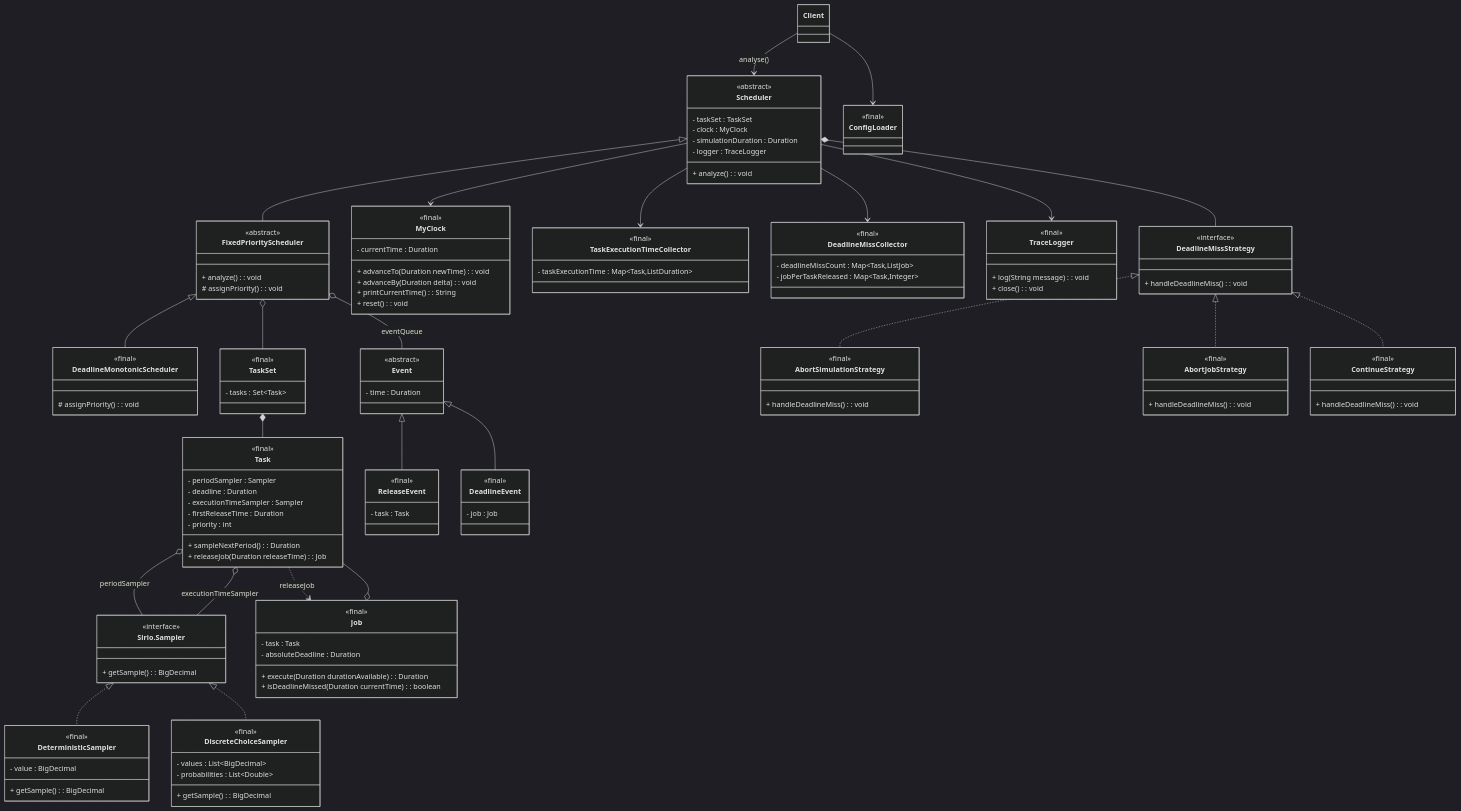
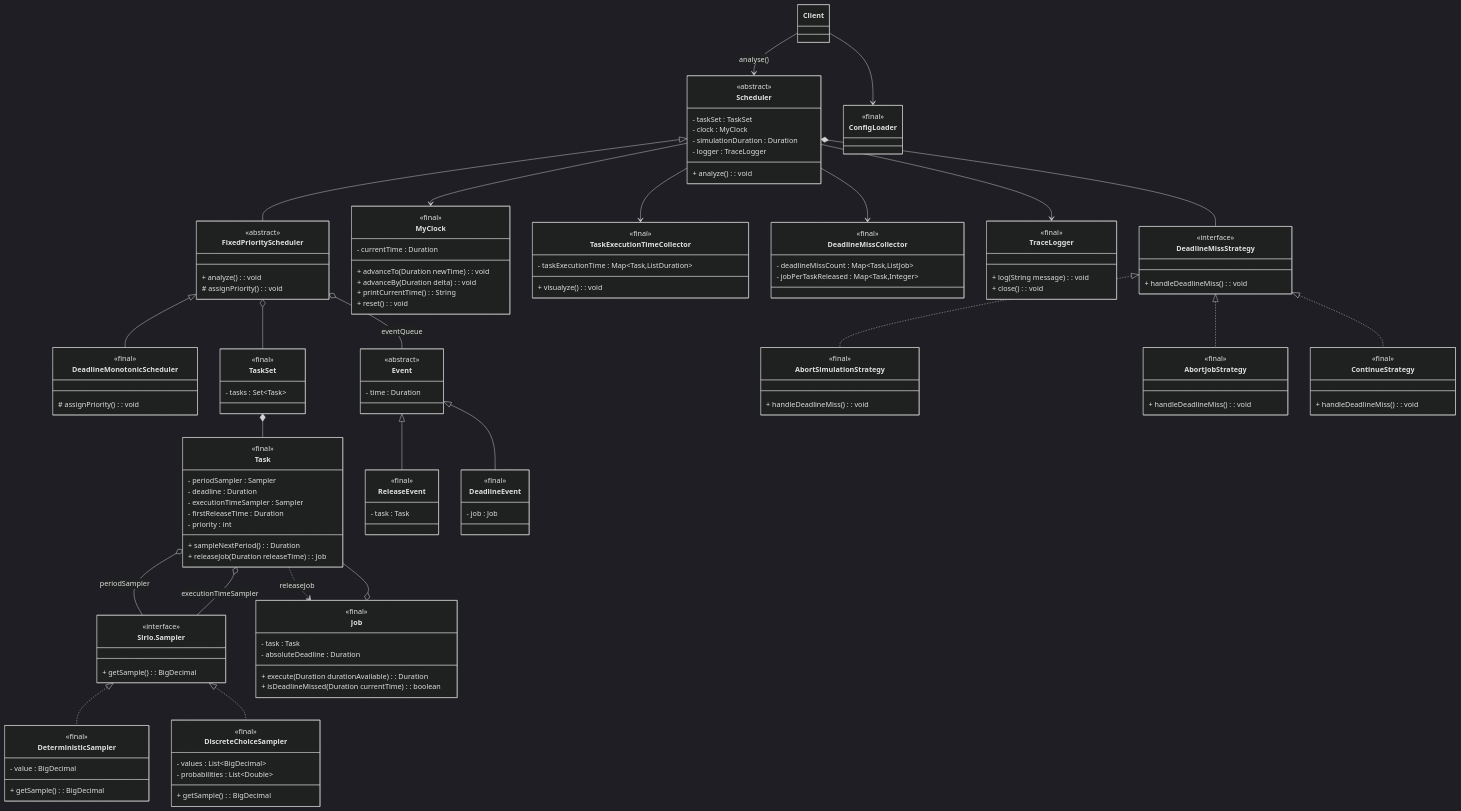
One commit to edoardosarri24/probabilistic-soft-real-time-analysis changed the diagram in report/images/1-simulator/class_diagram.mmd. Above: the diagram before and after it, drawn with Mermaid (dark theme). The commit also changed 9 other files, not shown here.

```diff
--- a/report/images/1-simulator/class_diagram.mmd
+++ b/report/images/1-simulator/class_diagram.mmd
@@ -1,164 +1,165 @@
 classDiagram
 
     %% Scheduler
     class Scheduler {
         <<abstract>>
         - taskSet : TaskSet
         - clock : MyClock
         - simulationDuration : Duration
         - logger : TraceLogger
         + analyze() : void
     }
 
     class FixedPriorityScheduler {
         <<abstract>>
         + analyze() : void
         # assignPriority() : void
     }
 
     class DeadlineMonotonicScheduler {
         <<final>>
         # assignPriority() : void
     }
 
     %% Strategy
     class DeadlineMissStrategy {
         <<interface>>
         + handleDeadlineMiss() : void
     }
 
     class AbortSimulationStrategy {
         <<final>>
         + handleDeadlineMiss() : void
     }
 
     class AbortJobStrategy {
         <<final>>
         + handleDeadlineMiss() : void
     }
 
     class ContinueStrategy {
         <<final>>
         + handleDeadlineMiss() : void
     }
 
     %% TaskSet
     class TaskSet {
         <<final>>
         - tasks : Set~Task~
     }
 
     class Task {
         <<final>>
         - periodSampler : Sampler
         - deadline : Duration
         - executionTimeSampler : Sampler
         - firstReleaseTime : Duration
         - priority : int
         + sampleNextPeriod() : Duration
         + releaseJob(Duration releaseTime) : Job
     }
 
     class Job {
         <<final>>
         - task : Task
         - absoluteDeadline : Duration
         + execute(Duration durationAvailable) : Duration
         + isDeadlineMissed(Duration currentTime) : boolean
     }
 
     %% Event
     class Event {
         <<abstract>>
         - time : Duration
     }
 
     class ReleaseEvent {
         <<final>>
         - task : Task
     }
 
     class DeadlineEvent {
         <<final>>
         - job : Job
     }
 
     %% Sampler
     class Sirio.Sampler {
         <<interface>>
         + getSample() : BigDecimal
     }
 
     class DeterministicSampler {
         <<final>>
         - value : BigDecimal
         + getSample() : BigDecimal
     }
 
     class DiscreteChoiceSampler {
         <<final>>
         - values : List~BigDecimal~
         - probabilities : List~Double~
         + getSample() : BigDecimal
     }
 
     %% Utils
     class MyClock {
         <<final>>
         - currentTime : Duration
         + advanceTo(Duration newTime) : void
         + advanceBy(Duration delta) : void
         + printCurrentTime() : String
         + reset() : void
     }
 
     class TraceLogger {
         <<final>>
         + log(String message) : void
         + close() : void
     }
 
     class TaskExecutionTimeCollector{
         <<final>>
         - taskExecutionTime : Map~Task,ListDuration~
+        + visualyze() : void
     }
 
     class DeadlineMissCollector{
         <<final>>
         - deadlineMissCount : Map~Task,ListJob~
         - jobPerTaskReleased : Map~Task,Integer~
     }
 
     class ConfigLoader {
         <<final>>
     }
 
     %% Relationships
     Client --> Scheduler : analyse()
     Client --> ConfigLoader
     %% Scheduler
     Scheduler <|-- FixedPriorityScheduler
     FixedPriorityScheduler <|-- DeadlineMonotonicScheduler
     Scheduler --> MyClock
     Scheduler --> TaskExecutionTimeCollector
     Scheduler --> DeadlineMissCollector
     FixedPriorityScheduler o-- TaskSet
     FixedPriorityScheduler o-- Event : eventQueue
     Scheduler --> TraceLogger
     Scheduler *-- DeadlineMissStrategy
     %% TaskSet
     TaskSet *-- Task
     Job o-- Task
     Task o-- Sirio.Sampler : periodSampler
     Task o-- Sirio.Sampler : executionTimeSampler
     Task ..> Job : releaseJob
     %% Event
     Event <|-- ReleaseEvent
     Event <|-- DeadlineEvent
     %% Sampler
     Sirio.Sampler <|.. DeterministicSampler
     Sirio.Sampler <|.. DiscreteChoiceSampler
     %% Streategy
     DeadlineMissStrategy <|.. AbortSimulationStrategy
     DeadlineMissStrategy <|.. AbortJobStrategy
     DeadlineMissStrategy <|.. ContinueStrategy
```
